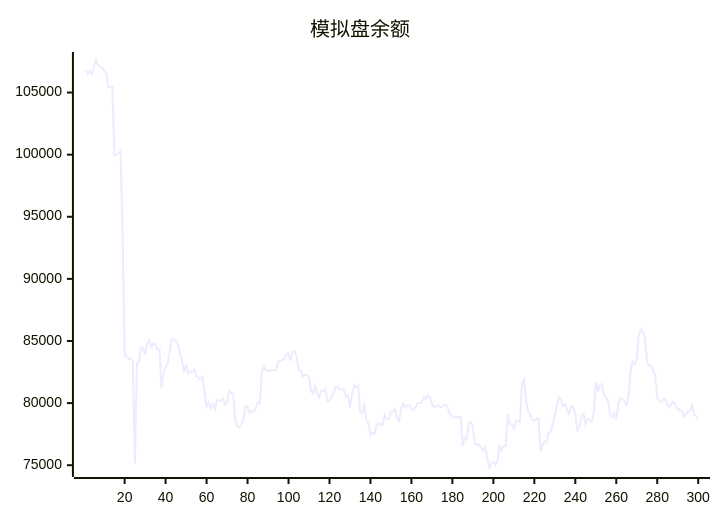
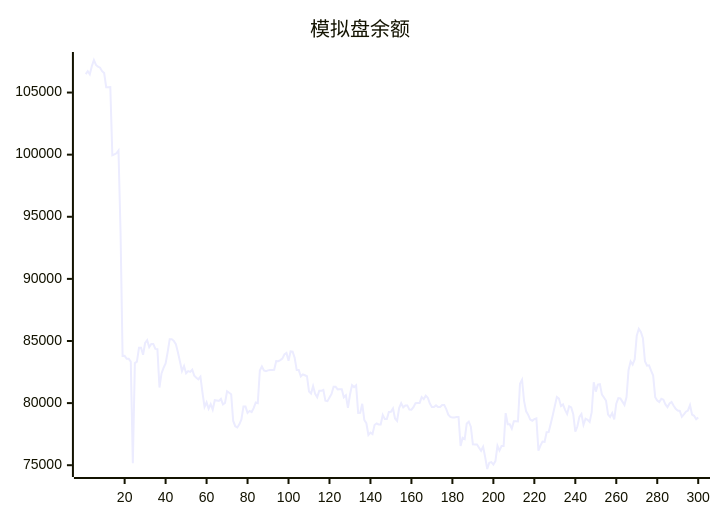
One commit to aahl/ai-trading changed the diagram in README.md. Above: the diagram before and after it, drawn with Mermaid. The commit also changed other lines of this file and 1 other file, not shown here.

````diff
--- a/README.md
+++ b/README.md
@@ -5,5 +5,5 @@
 ```mermaid
 xychart
     title "模拟盘余额"
-    line [106872,106485,106721,106468,107132,107620,107224,107080,107001,106717,106567,105431,105431,105440,99950,100017,100113,100337,93749,83795,83807,83567,83567,83342,75168,83222,83336,84448,84449,83896,84839,85065,84499,84757,84757,84364,84347,81254,82385,82835,83184,84099,85150,85150,85002,84751,84096,83356,82582,82983,82404,82572,82512,82688,82200,82047,81920,82125,80840,79688,80060,79552,79920,79470,80236,80208,80170,80336,79894,80006,80954,80837,80712,78561,78139,78037,78293,78682,79720,79720,79214,79372,79279,79591,80046,79993,82625,82950,82626,82571,82633,82670,82670,82681,83386,83378,83464,83579,83920,84037,83402,84160,84142,83652,82655,82655,82145,82315,82243,82163,80934,80770,81371,80742,80468,80989,80989,81067,80191,80155,80450,80737,81309,81309,81106,81119,81119,80471,80631,79624,80670,81448,81290,81429,79212,79222,79940,78643,78380,77432,77623,77504,78235,78358,78284,78277,79048,78714,78714,79290,79308,79567,78763,78563,79603,79988,79652,79813,79813,79476,79469,79673,79995,80015,80015,80486,80314,80600,80436,79966,79689,79689,79819,79692,79692,79850,79850,79518,79071,78889,78850,78850,78878,78878,76554,77202,77103,78357,78510,78106,76678,76677,76672,76411,76159,76485,75656,74695,75197,75246,75052,75334,76564,76179,76553,76551,79196,78300,78300,77944,78531,78531,78521,81564,81884,80160,79335,79055,78675,78580,78708,78764,76179,76586,76902,76876,77658,77669,78346,79023,79769,80497,80366,79761,79896,79448,79126,79749,79658,79097,77695,78114,78888,79126,78249,78738,78653,78478,79271,81680,80923,81488,81527,80681,80455,80190,79084,78879,79193,78686,79954,80403,80374,80118,79848,80491,82665,83351,83098,83525,85430,85983,85737,85221,83378,83014,83043,82613,82216,80477,80208,80081,80348,80277,79894,79670,79965,80093,79786,79542,79406,79371,78893,79087,79304,79406,79841,79072,78978,78696]
+    line [106485,106721,106468,107132,107620,107224,107080,107001,106717,106567,105431,105431,105440,99950,100017,100113,100337,93749,83795,83807,83567,83567,83342,75168,83222,83336,84448,84449,83896,84839,85065,84499,84757,84757,84364,84347,81254,82385,82835,83184,84099,85150,85150,85002,84751,84096,83356,82582,82983,82404,82572,82512,82688,82200,82047,81920,82125,80840,79688,80060,79552,79920,79470,80236,80208,80170,80336,79894,80006,80954,80837,80712,78561,78139,78037,78293,78682,79720,79720,79214,79372,79279,79591,80046,79993,82625,82950,82626,82571,82633,82670,82670,82681,83386,83378,83464,83579,83920,84037,83402,84160,84142,83652,82655,82655,82145,82315,82243,82163,80934,80770,81371,80742,80468,80989,80989,81067,80191,80155,80450,80737,81309,81309,81106,81119,81119,80471,80631,79624,80670,81448,81290,81429,79212,79222,79940,78643,78380,77432,77623,77504,78235,78358,78284,78277,79048,78714,78714,79290,79308,79567,78763,78563,79603,79988,79652,79813,79813,79476,79469,79673,79995,80015,80015,80486,80314,80600,80436,79966,79689,79689,79819,79692,79692,79850,79850,79518,79071,78889,78850,78850,78878,78878,76554,77202,77103,78357,78510,78106,76678,76677,76672,76411,76159,76485,75656,74695,75197,75246,75052,75334,76564,76179,76553,76551,79196,78300,78300,77944,78531,78531,78521,81564,81884,80160,79335,79055,78675,78580,78708,78764,76179,76586,76902,76876,77658,77669,78346,79023,79769,80497,80366,79761,79896,79448,79126,79749,79658,79097,77695,78114,78888,79126,78249,78738,78653,78478,79271,81680,80923,81488,81527,80681,80455,80190,79084,78879,79193,78686,79954,80403,80374,80118,79848,80491,82665,83351,83098,83525,85430,85983,85737,85221,83378,83014,83043,82613,82216,80477,80208,80081,80348,80277,79894,79670,79965,80093,79786,79542,79406,79371,78893,79087,79304,79406,79841,79072,78978,78696,78846]
 ```
````
